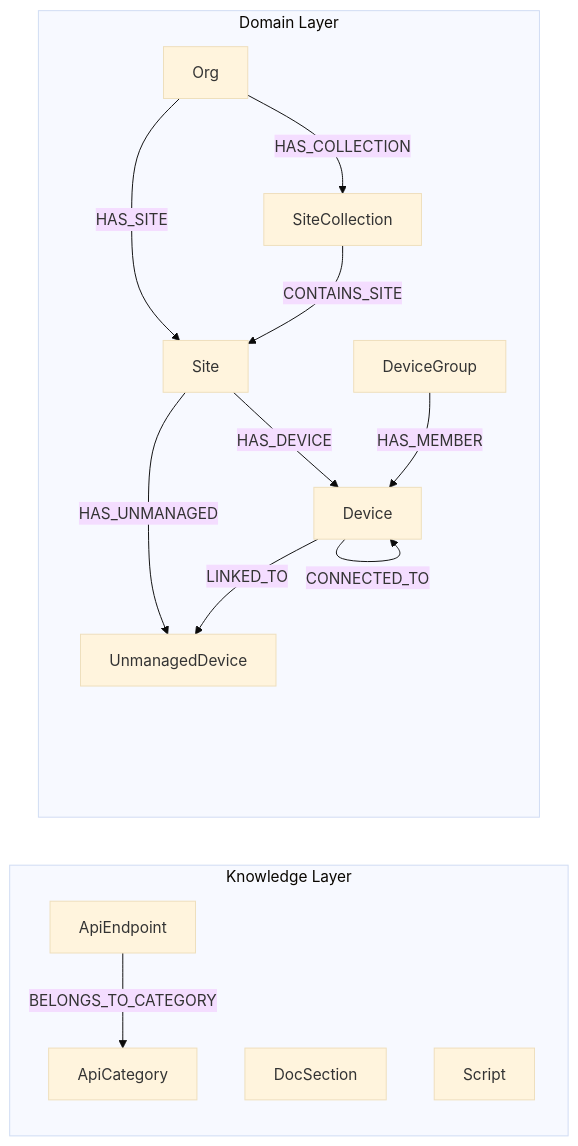
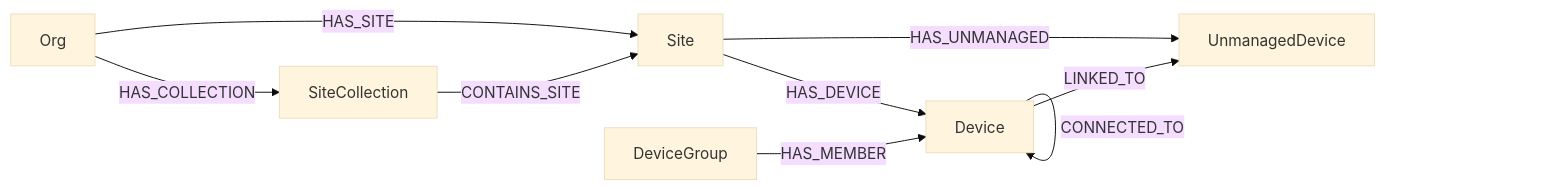
One commit to tbelz/hpe-networking-central-mcp changed the first of 2 diagrams in README.md. Above: the diagram before and after it, drawn with Mermaid (base theme). The commit also changed other lines of this file and 15 other files, not shown here.

````diff
--- a/README.md
+++ b/README.md
@@ -61,29 +73,11 @@
 ```mermaid
 graph LR
-    subgraph Knowledge Layer
-        ApiEndpoint
-        ApiCategory
-        DocSection
-        Script
-    end
-
-    subgraph Domain Layer
-        Org
-        SiteCollection
-        Site
-        Device
-        DeviceGroup
-        UnmanagedDevice
-    end
-
-    ApiEndpoint -->|BELONGS_TO_CATEGORY| ApiCategory
-
     Org -->|HAS_COLLECTION| SiteCollection
     Org -->|HAS_SITE| Site
     SiteCollection -->|CONTAINS_SITE| Site
     Site -->|HAS_DEVICE| Device
     DeviceGroup -->|HAS_MEMBER| Device
     Site -->|HAS_UNMANAGED| UnmanagedDevice
     Device -->|CONNECTED_TO| Device
     Device -->|LINKED_TO| UnmanagedDevice
 ```
````
